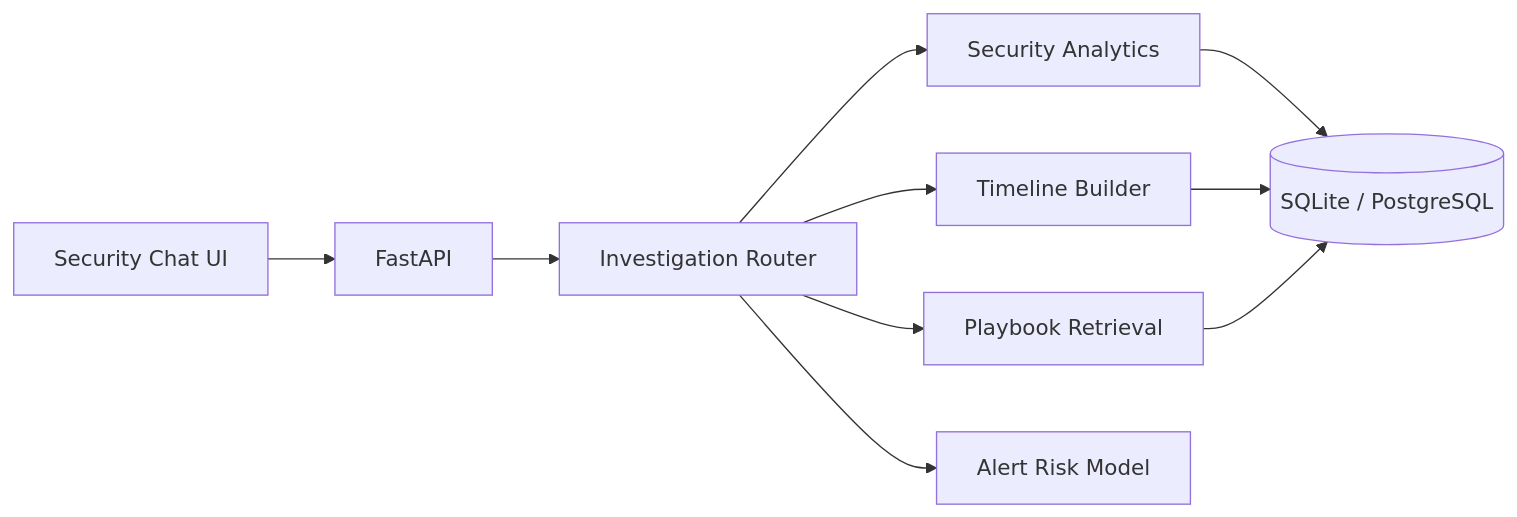
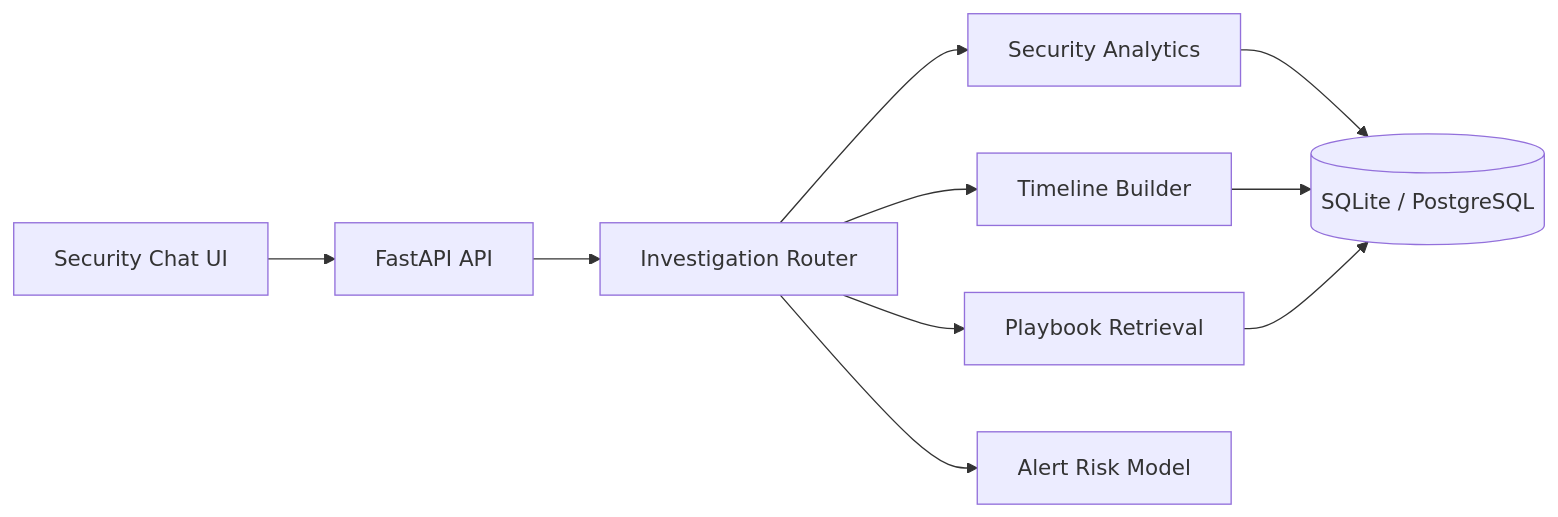
Before and after one commit to fullstackwithai/SentinelOps: the diagram in README.md, drawn with Mermaid. The commit also changed other lines of this file, not shown here.

````diff
--- a/README.md
+++ b/README.md
@@ -26,12 +28,12 @@
 ```mermaid
 flowchart LR
-    UI[Security Chat UI] --> API[FastAPI]
+    UI[Security Chat UI] --> API[FastAPI API]
     API --> Agent[Investigation Router]
     Agent --> Analytics[Security Analytics]
     Agent --> Timeline[Timeline Builder]
     Agent --> RAG[Playbook Retrieval]
     Agent --> ML[Alert Risk Model]
     Analytics --> DB[(SQLite / PostgreSQL)]
     Timeline --> DB
     RAG --> DB
 ```
````
